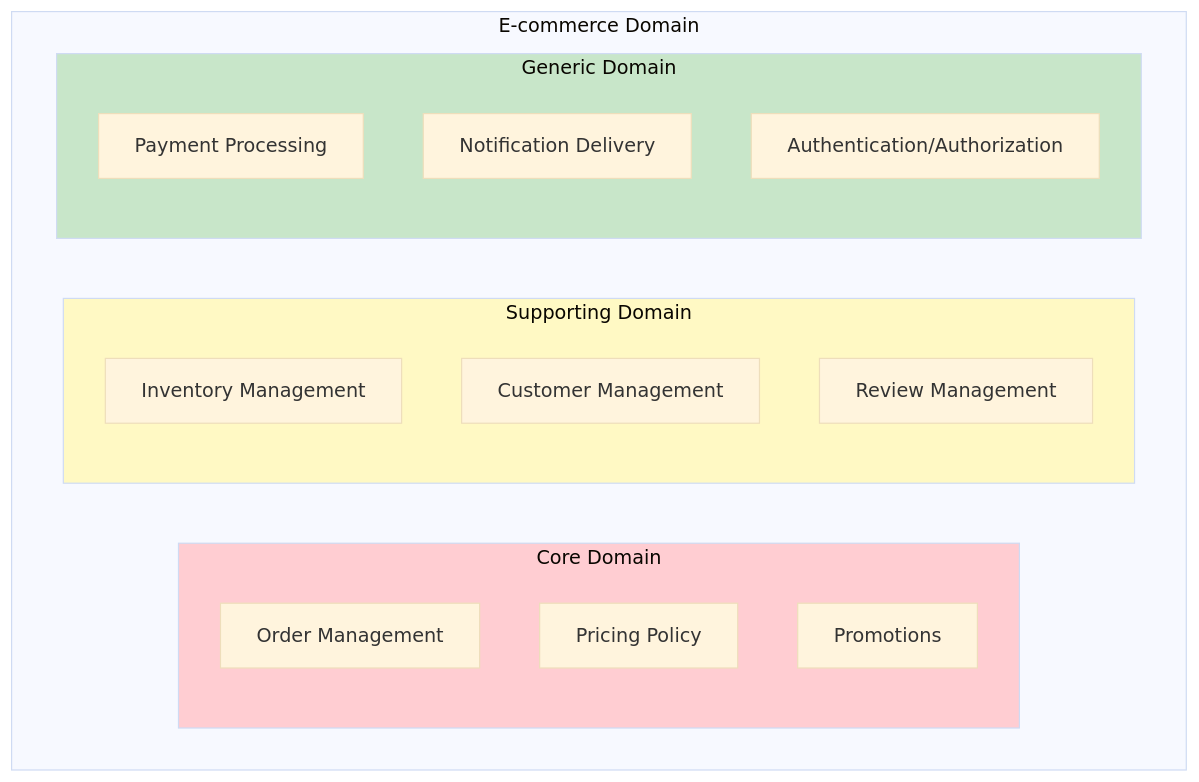
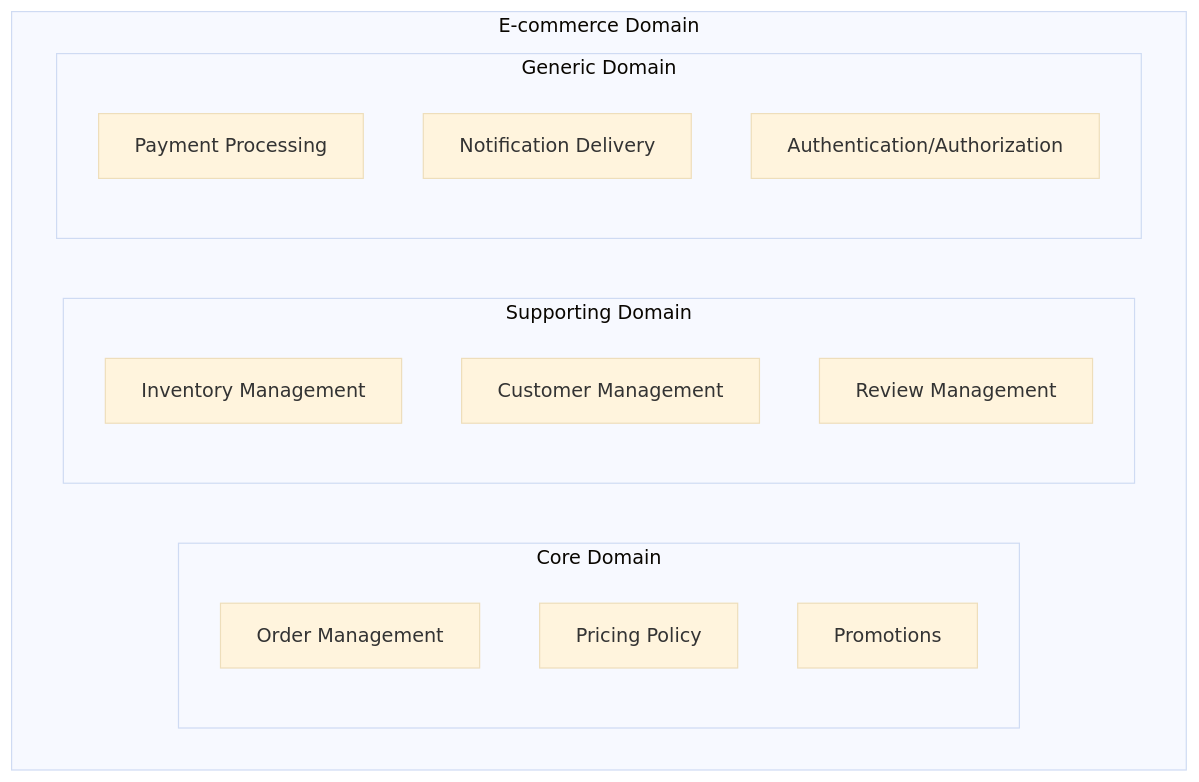
The second of 18 diagrams in content/en/ddd/concepts/strategic-design.md (advanced-beginner/advanced-beginner.github.io), drawn with Mermaid (base theme) before and after one commit. The commit also changed 35 other files, not shown here.

First line of the commit message:
refactor: Mermaid 다이어그램 개선

````diff
--- a/content/en/ddd/concepts/strategic-design.md
+++ b/content/en/ddd/concepts/strategic-design.md
@@ -42,26 +42,22 @@
 ```mermaid
 flowchart TB
     subgraph Domain["E-commerce Domain"]
         subgraph Core["Core Domain"]
             CD1["Order Management"]
             CD2["Pricing Policy"]
             CD3["Promotions"]
         end
 
         subgraph Supporting["Supporting Domain"]
             SD1["Inventory Management"]
             SD2["Customer Management"]
             SD3["Review Management"]
         end
 
         subgraph Generic["Generic Domain"]
             GD1["Payment Processing"]
             GD2["Notification Delivery"]
             GD3["Authentication/Authorization"]
         end
     end
-
-    style Core fill:#ffcdd2
-    style Supporting fill:#fff9c4
-    style Generic fill:#c8e6c9
 ```
````
